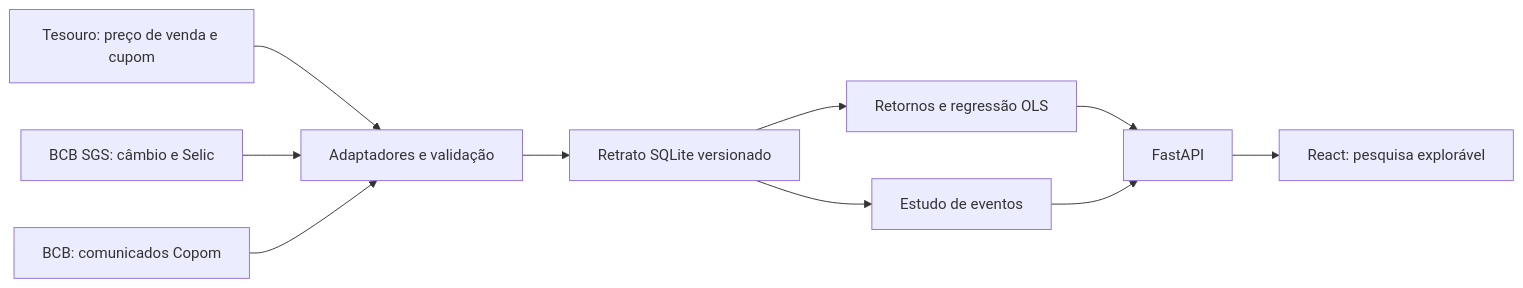
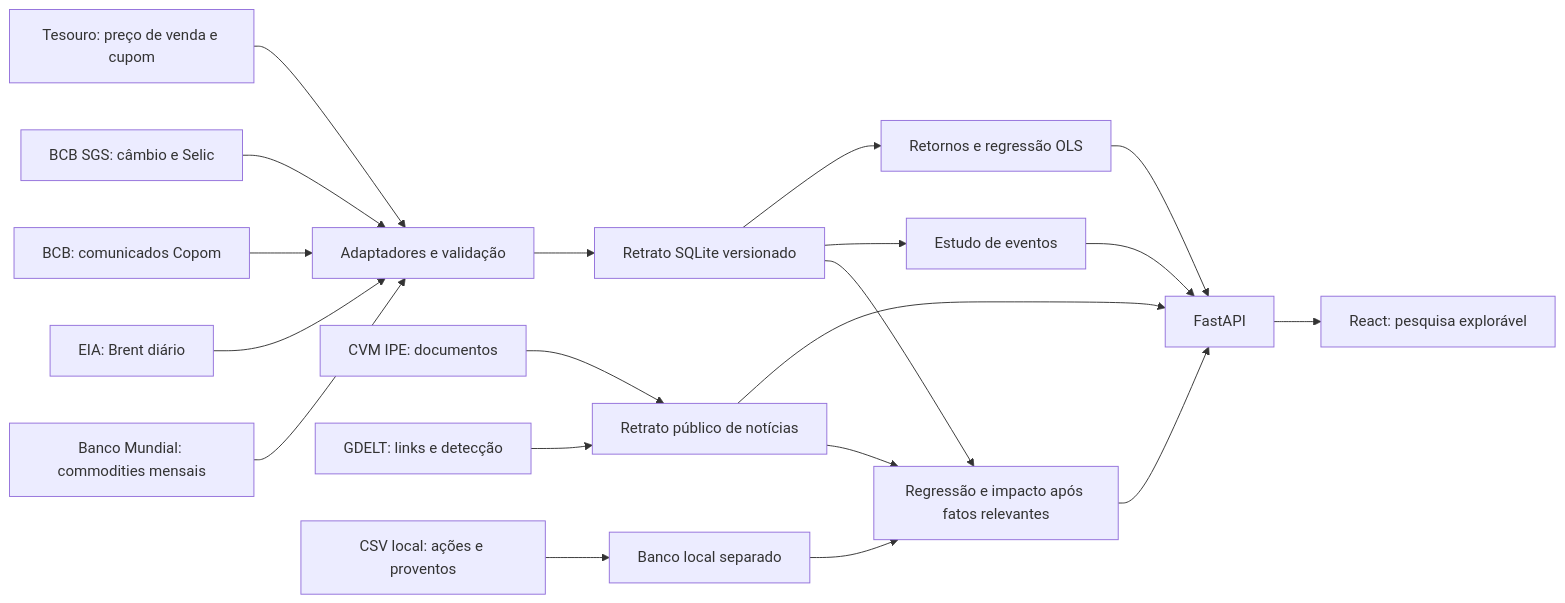
Before and after one commit to MolinaGG/market-lens-br: the diagram in docs/ARQUITETURA.md, drawn with Mermaid. The commit also changed other lines of this file and 6 other files, not shown here.

````diff
--- a/docs/ARQUITETURA.md
+++ b/docs/ARQUITETURA.md
@@ -5,12 +5,22 @@
 ```mermaid
 flowchart LR
   A[Tesouro: preço de venda e cupom] --> D[Adaptadores e validação]
   B[BCB SGS: câmbio e Selic] --> D
   C[BCB: comunicados Copom] --> D
+  J[EIA: Brent diário] --> D
+  K[Banco Mundial: commodities mensais] --> D
   D --> E[Retrato SQLite versionado]
   E --> F[Retornos e regressão OLS]
   E --> G[Estudo de eventos]
   F --> H[FastAPI]
   G --> H
   H --> I[React: pesquisa explorável]
+  L[CVM IPE: documentos] --> M[Retrato público de notícias]
+  N[GDELT: links e detecção] --> M
+  M --> H
+  O[CSV local: ações e proventos] --> P[Banco local separado]
+  P --> Q[Regressão e impacto após fatos relevantes]
+  M --> Q
+  E --> Q
+  Q --> H
 ```
````
